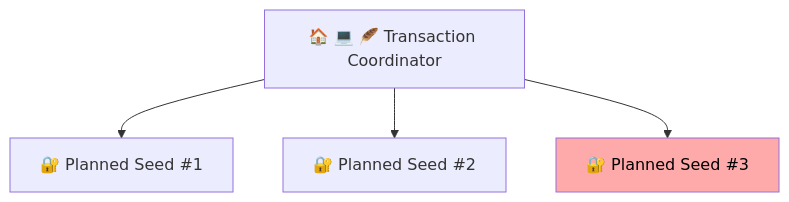
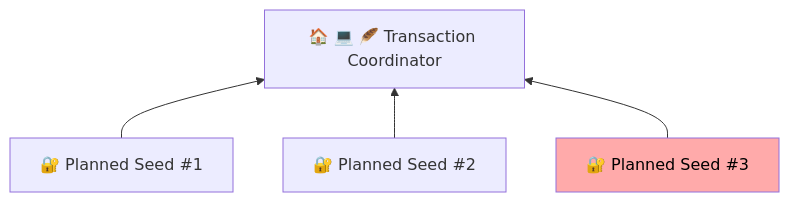
The eighth of 27 diagrams in Docs/Scenario-Multisig.md (BlockchainCommons/SmartCustody), drawn with Mermaid before and after one commit. The commit also changed other lines of this file, not shown here.

Commit message:
fixed directions

````diff
--- a/Docs/Scenario-Multisig.md
+++ b/Docs/Scenario-Multisig.md
@@ -302,12 +302,12 @@
 ```mermaid
-    graph TD;
+    graph BT;
     A["🏠 💻 🪶 Transaction Coordinator"]
     B["🔐 Planned Seed #1"]
     C["🔐 Planned Seed #2"]
     D["🔐 Planned Seed #3"]    
-    A-->B
-    A-->C;
-    A-->D;
+    B-->A
+    C-->A;
+    D-->A;
     
 style D color:#000,fill:#ffaaaa;
 ```
````
